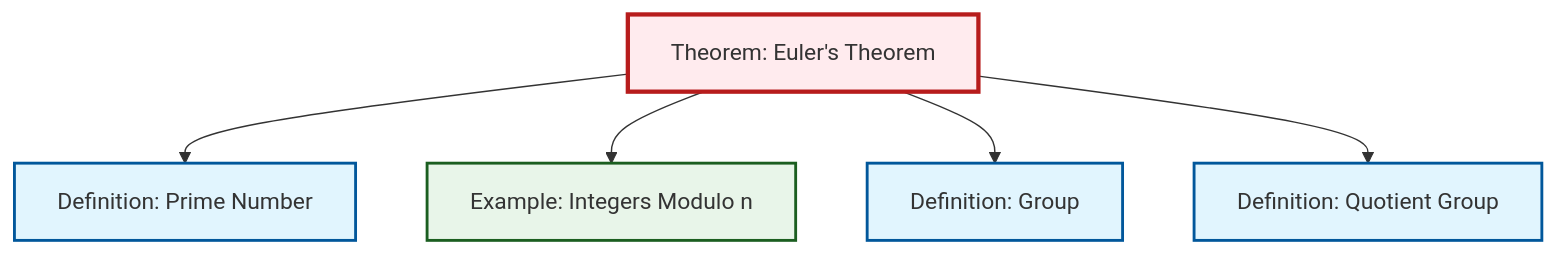
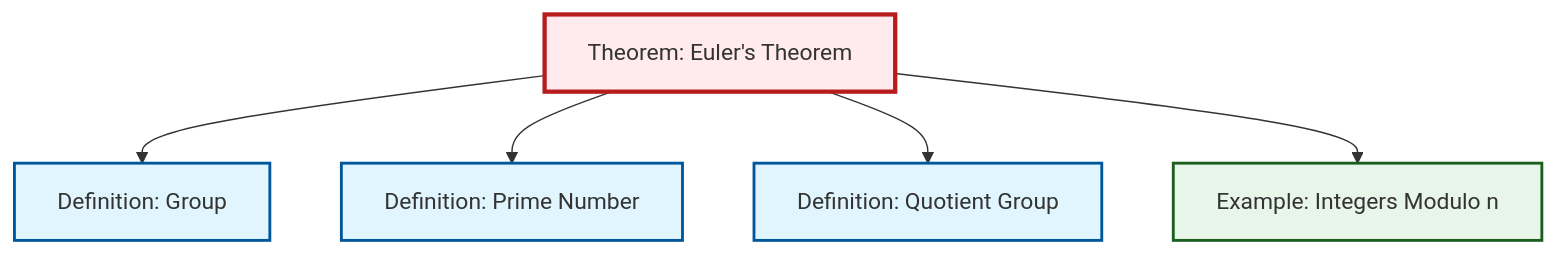
Before and after one commit to RK0429/ModernMath: the diagram in content/ja/number-theory/thm-euler.qmd, drawn with Mermaid. The commit also changed other lines of this file and 530 other files, not shown here.

````diff
--- a/content/ja/number-theory/thm-euler.qmd
+++ b/content/ja/number-theory/thm-euler.qmd
@@ -52,23 +52,23 @@
 ```{mermaid}
 %%| fig-cap: "Local dependency graph"
 graph TD
     classDef definition fill:#e1f5fe,stroke:#01579b,stroke-width:2px
     classDef theorem fill:#f3e5f5,stroke:#4a148c,stroke-width:2px
     classDef axiom fill:#fff3e0,stroke:#e65100,stroke-width:2px
     classDef example fill:#e8f5e9,stroke:#1b5e20,stroke-width:2px
     classDef current fill:#ffebee,stroke:#b71c1c,stroke-width:3px
+    thm-euler["Theorem: Euler's Theorem"]:::theorem
+    def-group["Definition: Group"]:::definition
     def-quotient-group["Definition: Quotient Group"]:::definition
+    def-prime["Definition: Prime Number"]:::definition
     ex-quotient-integers-mod-n["Example: Integers Modulo n"]:::example
-    def-prime["Definition: Prime Number"]:::definition
-    def-group["Definition: Group"]:::definition
-    thm-euler["Theorem: Euler's Theorem"]:::theorem
+    thm-euler --> def-group
     thm-euler --> def-prime
+    thm-euler --> def-quotient-group
     thm-euler --> ex-quotient-integers-mod-n
-    thm-euler --> def-group
-    thm-euler --> def-quotient-group
     class thm-euler current
+    click def-group "def-group.html" "Definition: Groupへ"
     click def-quotient-group "def-quotient-group.html" "Definition: Quotient Groupへ"
+    click def-prime "def-prime.html" "Definition: Prime Numberへ"
     click ex-quotient-integers-mod-n "ex-quotient-integers-mod-n.html" "Example: Integers Modulo nへ"
-    click def-prime "def-prime.html" "Definition: Prime Numberへ"
-    click def-group "def-group.html" "Definition: Groupへ"
 ```
````
